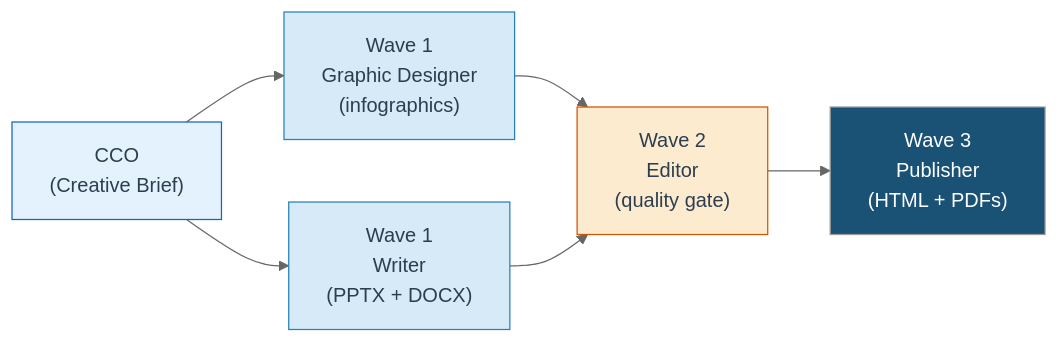
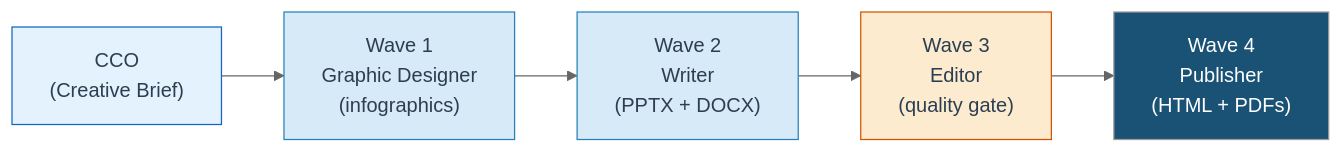
Diagram 13 of 13 in docs/README.md (apatheticus/corporate-decision-panel), drawn with Mermaid (neutral theme) before and after one commit. The commit also changed other lines of this file and 54 other files, not shown here.

````diff
--- a/docs/README.md
+++ b/docs/README.md
@@ -1637,20 +1637,19 @@
 ```mermaid
 flowchart LR
     CCO["CCO\n(Creative Brief)"]
     GD["Wave 1\nGraphic Designer\n(infographics)"]
-    W["Wave 1\nWriter\n(PPTX + DOCX)"]
-    ED["Wave 2\nEditor\n(quality gate)"]
-    PUB["Wave 3\nPublisher\n(HTML + PDFs)"]
+    W["Wave 2\nWriter\n(PPTX + DOCX)"]
+    ED["Wave 3\nEditor\n(quality gate)"]
+    PUB["Wave 4\nPublisher\n(HTML + PDFs)"]
 
     CCO --> GD
-    CCO --> W
-    GD --> ED
+    GD --> W
     W --> ED
     ED --> PUB
 
     style CCO fill:#e3f2fd,stroke:#1565c0,color:#2C3E50
     style GD fill:#D6EAF8,stroke:#2980B9,color:#2C3E50
     style W fill:#D6EAF8,stroke:#2980B9,color:#2C3E50
     style ED fill:#FDEBD0,stroke:#D35400,color:#2C3E50
     style PUB fill:#1A5276,color:#fff
 ```
````
